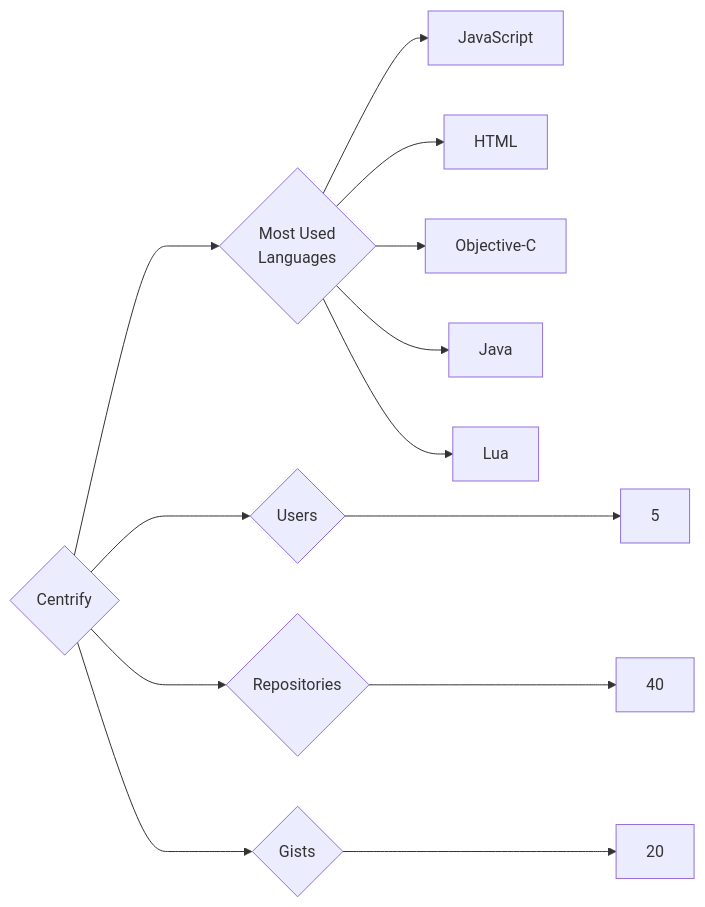
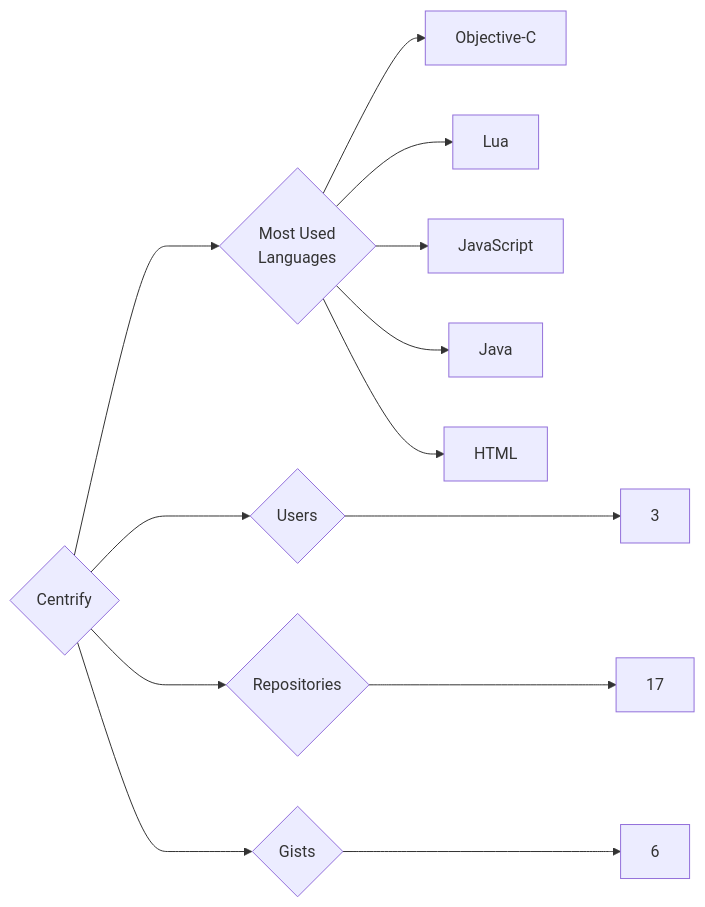
The diagram in targets/Centrify/README.md (trickest/insiders), drawn with Mermaid before and after one commit. The commit also changed 880 other files, not shown here.

````diff
--- a/targets/Centrify/README.md
+++ b/targets/Centrify/README.md
@@ -3,13 +3,13 @@
 ```mermaid
 graph LR
 COMPANY_NAME{Centrify}
-COMPANY_NAME ---> U{Users} ---> UN[5]
-COMPANY_NAME ---> R{Repositories} ---> RN[40]
-COMPANY_NAME ---> G{Gists} ---> GN[20]
+COMPANY_NAME ---> U{Users} ---> UN[3]
+COMPANY_NAME ---> R{Repositories} ---> RN[17]
+COMPANY_NAME ---> G{Gists} ---> GN[6]
 COMPANY_NAME ---> ML{Most Used<br>Languages}
+ML --> Objective-C[Objective-C]
+ML --> Lua[Lua]
 ML --> JavaScript[JavaScript]
+ML --> Java[Java]
 ML --> HTML[HTML]
-ML --> Objective-C[Objective-C]
-ML --> Java[Java]
-ML --> Lua[Lua]
 ```
````
